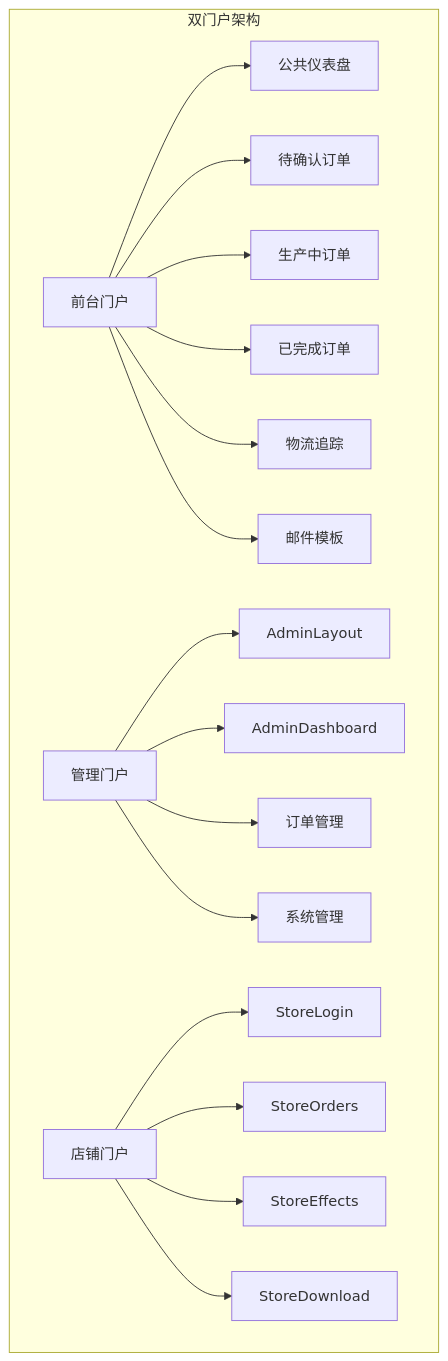
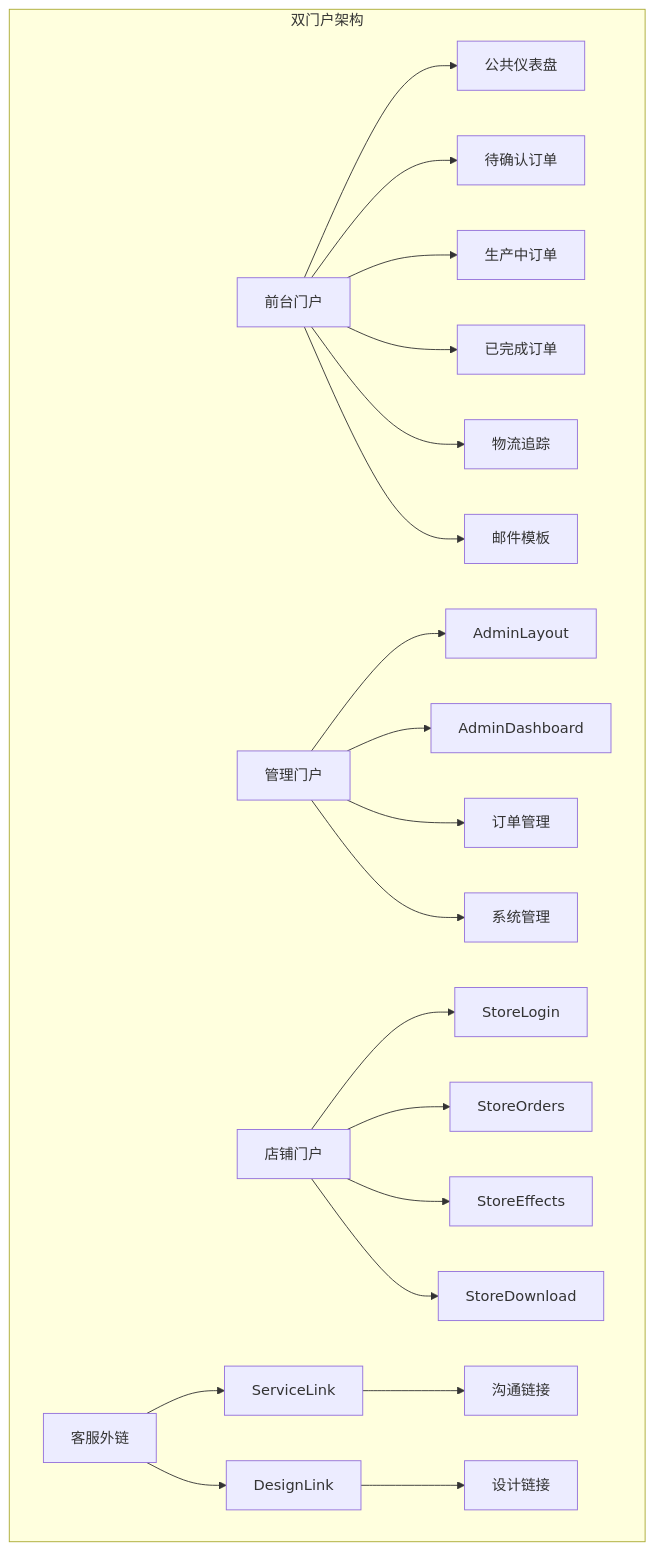
Before and after one commit to SY6621/POD-Order-Management: the fourth of 31 diagrams in .qoder/repowiki/zh/content/开发指南/Vue组件架构.md, drawn with Mermaid. The commit also changed other lines of this file and 15 other files, not shown here.

````diff
--- a/.qoder/repowiki/zh/content/开发指南/Vue组件架构.md
+++ b/.qoder/repowiki/zh/content/开发指南/Vue组件架构.md
@@ -182,19 +193,23 @@
 ```mermaid
 graph TB
 subgraph "双门户架构"
 A[前台门户] --> A1[公共仪表盘]
 A --> A2[待确认订单]
 A --> A3[生产中订单]
 A --> A4[已完成订单]
 A --> A5[物流追踪]
 A --> A6[邮件模板]
 B[管理门户] --> B1[AdminLayout]
 B --> B2[AdminDashboard]
 B --> B3[订单管理]
 B --> B4[系统管理]
 C[店铺门户] --> C1[StoreLogin]
 C --> C2[StoreOrders]
 C --> C3[StoreEffects]
 C --> C4[StoreDownload]
+D[客服外链] --> D1[ServiceLink]
+D --> D2[DesignLink]
+D1 --> D3[沟通链接]
+D2 --> D4[设计链接]
 end
 ```
````
